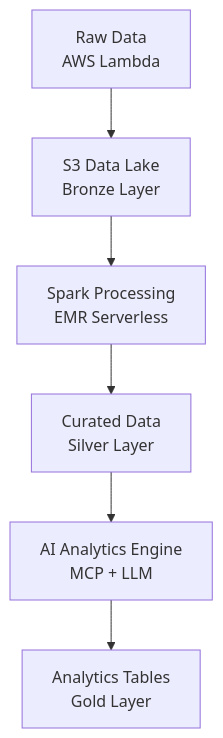
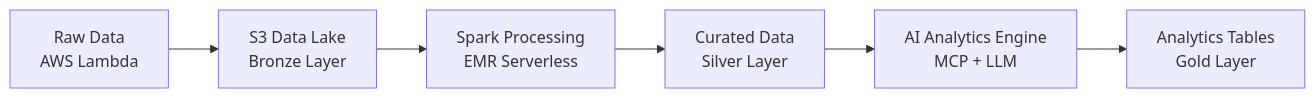
The diagram in README.md (BrunoAugustoSouza/aws-portfolio), drawn with Mermaid before and after one commit.

Commit message:
change flowcart to lr

````diff
--- a/README.md
+++ b/README.md
@@ -87,14 +87,14 @@
 ```mermaid
-flowchart TD
+flowchart LR
 
 A[Raw Data<br>AWS Lambda] --> B[S3 Data Lake<br>Bronze Layer]
 
 B --> C[Spark Processing<br>EMR Serverless]
 
 C --> D[Curated Data<br>Silver Layer]
 
 D --> E[AI Analytics Engine<br>MCP + LLM]
 
 E --> F[Analytics Tables<br>Gold Layer]
 
 ```
````
